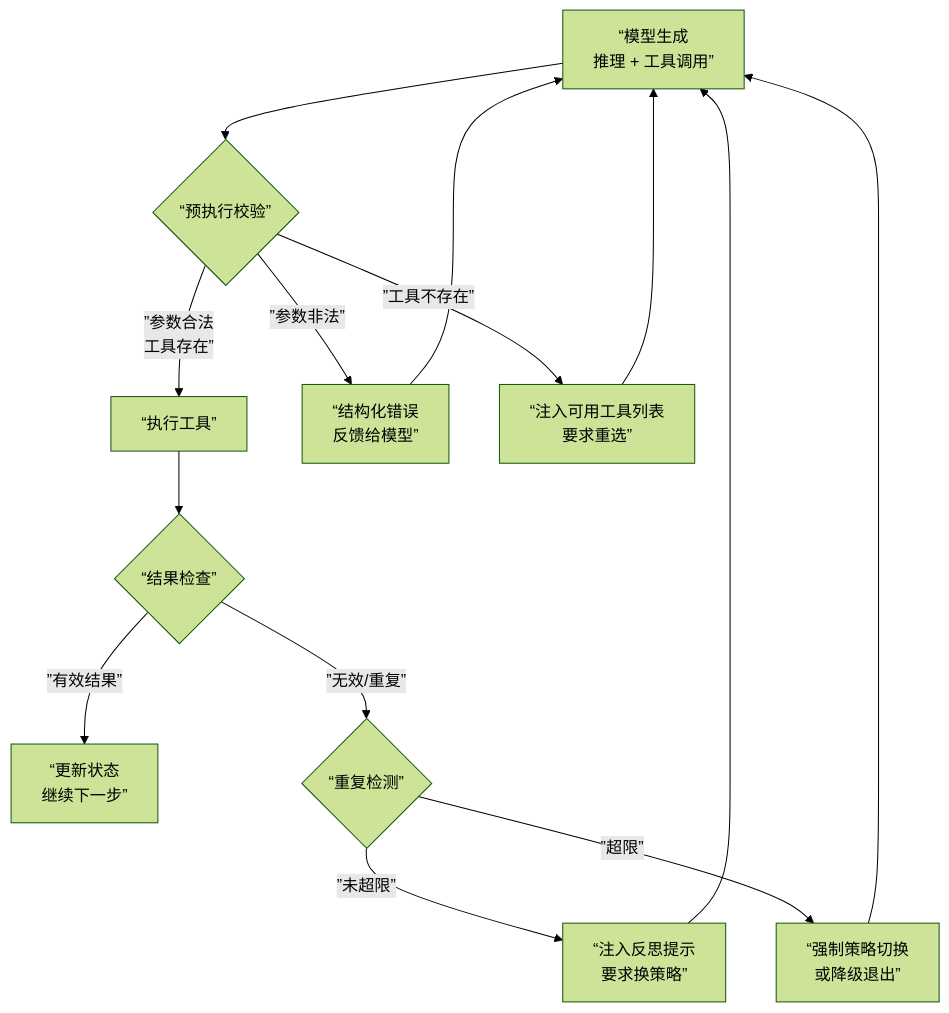
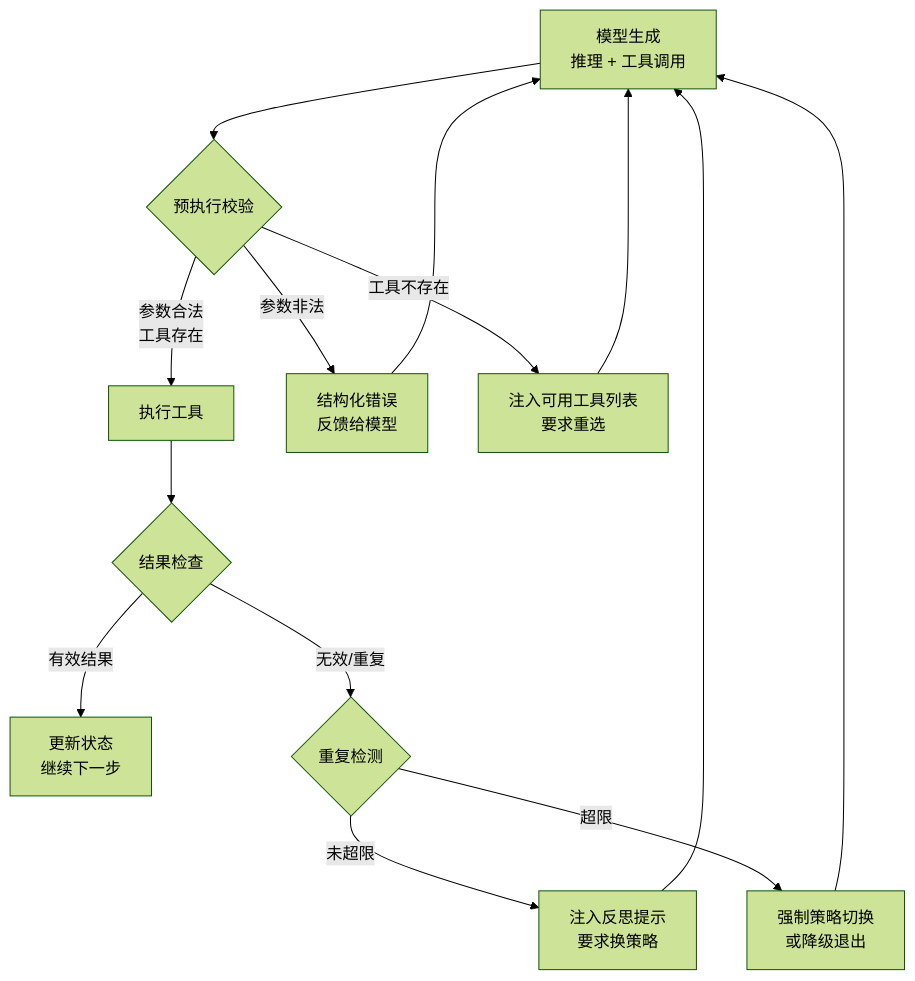
The ninth of 14 diagrams in learn-agent-interview/01-architecture-design/index.md (ranxi2001/zero2Agent), drawn with Mermaid (forest theme) before and after one commit. The commit also changed other lines of this file, not shown here.

First line of the commit message:
fix: 修复 Mermaid 语法错误——弯引号改直引号 + 去除花括号

````diff
--- a/learn-agent-interview/01-architecture-design/index.md
+++ b/learn-agent-interview/01-architecture-design/index.md
@@ -923,16 +923,16 @@
 ```mermaid
 flowchart TB
-    T[“模型生成\n推理 + 工具调用”] --> V{“预执行校验”}
-    V -->|”参数合法\n工具存在”| E[“执行工具”]
-    V -->|”参数非法”| F1[“结构化错误\n反馈给模型”]
-    V -->|”工具不存在”| F2[“注入可用工具列表\n要求重选”]
+    T["模型生成\n推理 + 工具调用"] --> V{"预执行校验"}
+    V -->|"参数合法\n工具存在"| E["执行工具"]
+    V -->|"参数非法"| F1["结构化错误\n反馈给模型"]
+    V -->|"工具不存在"| F2["注入可用工具列表\n要求重选"]
     F1 --> T
     F2 --> T
-    E --> O{“结果检查”}
-    O -->|”有效结果”| P[“更新状态\n继续下一步”]
-    O -->|”无效/重复”| D{“重复检测”}
-    D -->|”未超限”| R[“注入反思提示\n要求换策略”]
-    D -->|”超限”| S[“强制策略切换\n或降级退出”]
+    E --> O{"结果检查"}
+    O -->|"有效结果"| P["更新状态\n继续下一步"]
+    O -->|"无效/重复"| D{"重复检测"}
+    D -->|"未超限"| R["注入反思提示\n要求换策略"]
+    D -->|"超限"| S["强制策略切换\n或降级退出"]
     R --> T
     S --> T
 ```
````
